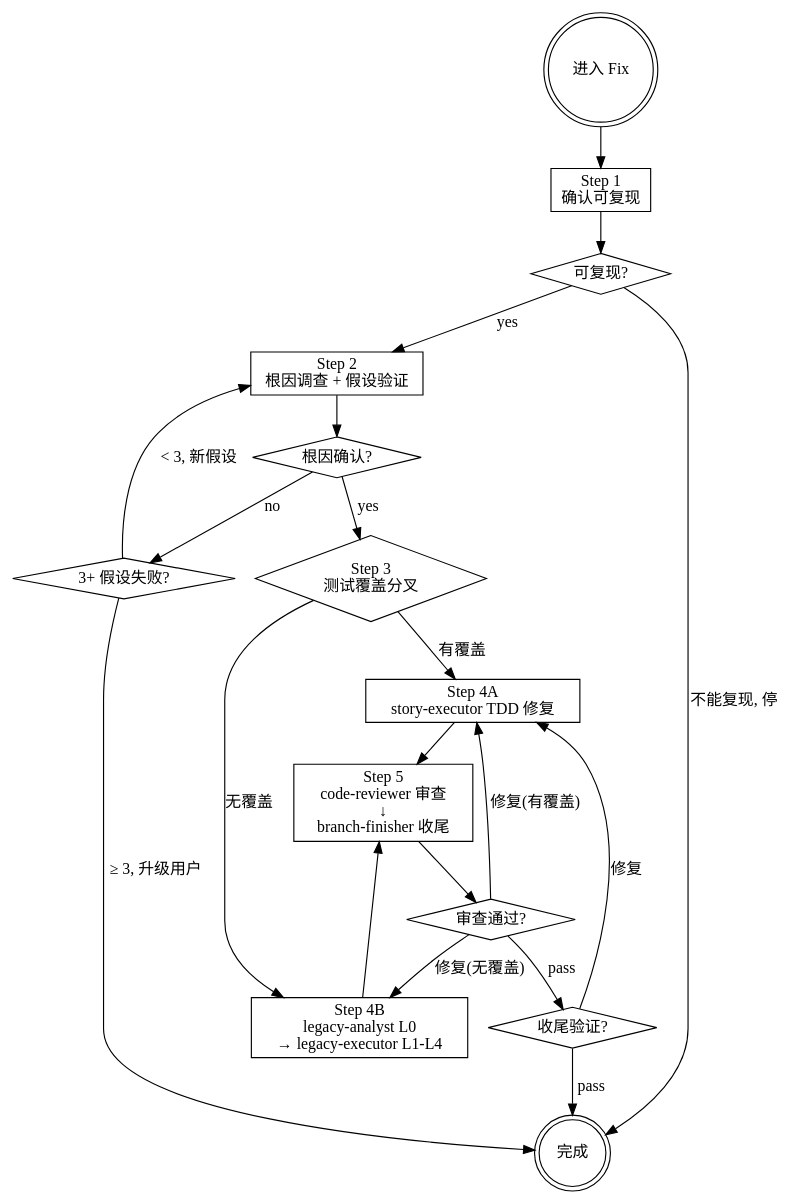
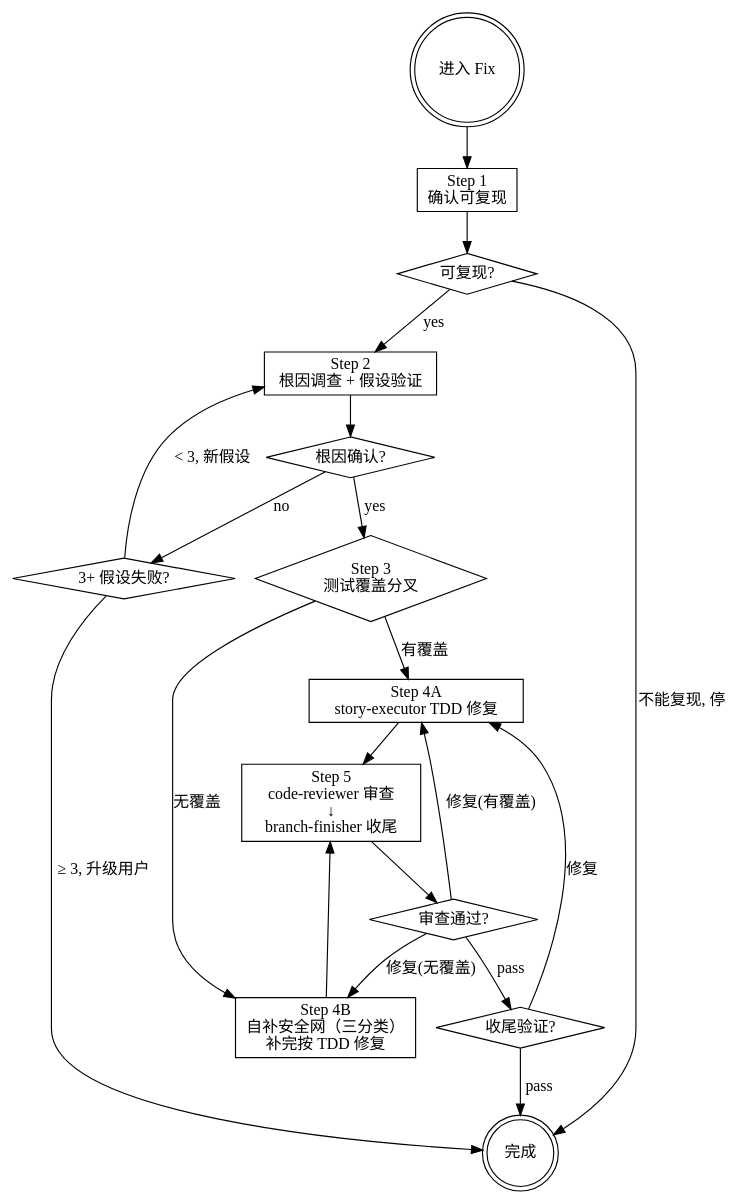
The diagram in agents/Fix.md (hsiang-lee/my_opencode), drawn with Graphviz before and after one commit. The commit also changed other lines of this file and 48 other files, not shown here.

````diff
--- a/agents/Fix.md
+++ b/agents/Fix.md
@@ -62,39 +70,39 @@
 ```dot
 digraph fix_flow {
     rankdir=TB;
     start [label="进入 Fix", shape=doublecircle];
     step1 [label="Step 1\n确认可复现", shape=box];
     step2 [label="Step 2\n根因调查 + 假设验证", shape=box];
     step3 [label="Step 3\n测试覆盖分叉", shape=diamond];
     fixA [label="Step 4A\nstory-executor TDD 修复", shape=box];
-    fixB [label="Step 4B\nlegacy-analyst L0\n→ legacy-executor L1-L4", shape=box];
+    fixB [label="Step 4B\n自补安全网（三分类）\n补完按 TDD 修复", shape=box];
     step5 [label="Step 5\ncode-reviewer 审查\n↓\nbranch-finisher 收尾", shape=box];
 
     gate1 [label="可复现?", shape=diamond];
     gate2 [label="根因确认?", shape=diamond];
     gate2_fail [label="3+ 假设失败?", shape=diamond];
     gate5a [label="审查通过?", shape=diamond];
     gate5b [label="收尾验证?", shape=diamond];
     done [label="完成", shape=doublecircle];
 
     start -> step1;
     step1 -> gate1;
     gate1 -> step2 [label="yes"];
     gate1 -> done [label="不能复现, 停"];
     step2 -> gate2;
     gate2 -> step3 [label="yes"];
     gate2 -> gate2_fail [label="no"];
     gate2_fail -> step2 [label="< 3, 新假设"];
     gate2_fail -> done [label="≥ 3, 升级用户"];
     step3 -> fixA [label="有覆盖"];
     step3 -> fixB [label="无覆盖"];
     fixA -> step5;
     fixB -> step5;
     step5 -> gate5a;
     gate5a -> fixA [label="修复(有覆盖)"];
     gate5a -> fixB [label="修复(无覆盖)"];
     gate5a -> gate5b [label="pass"];
     gate5b -> fixA [label="修复"];
     gate5b -> done [label="pass"];
 }
 ```
````
